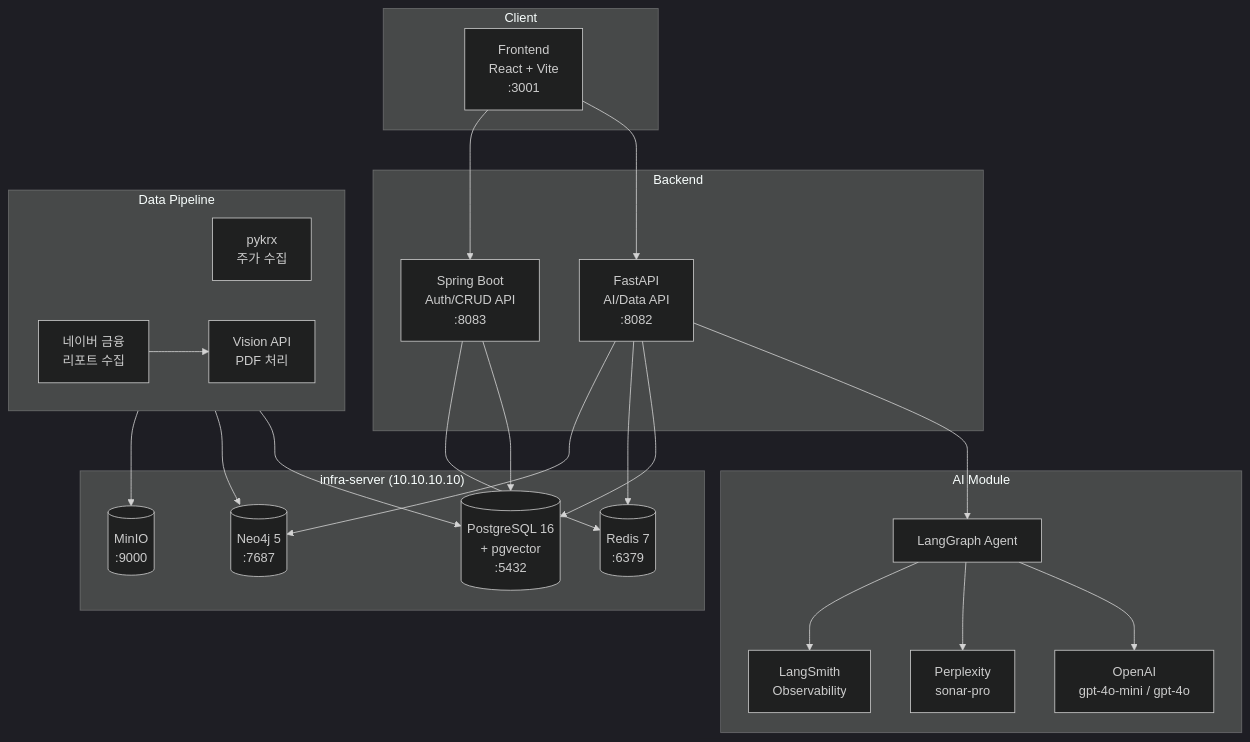
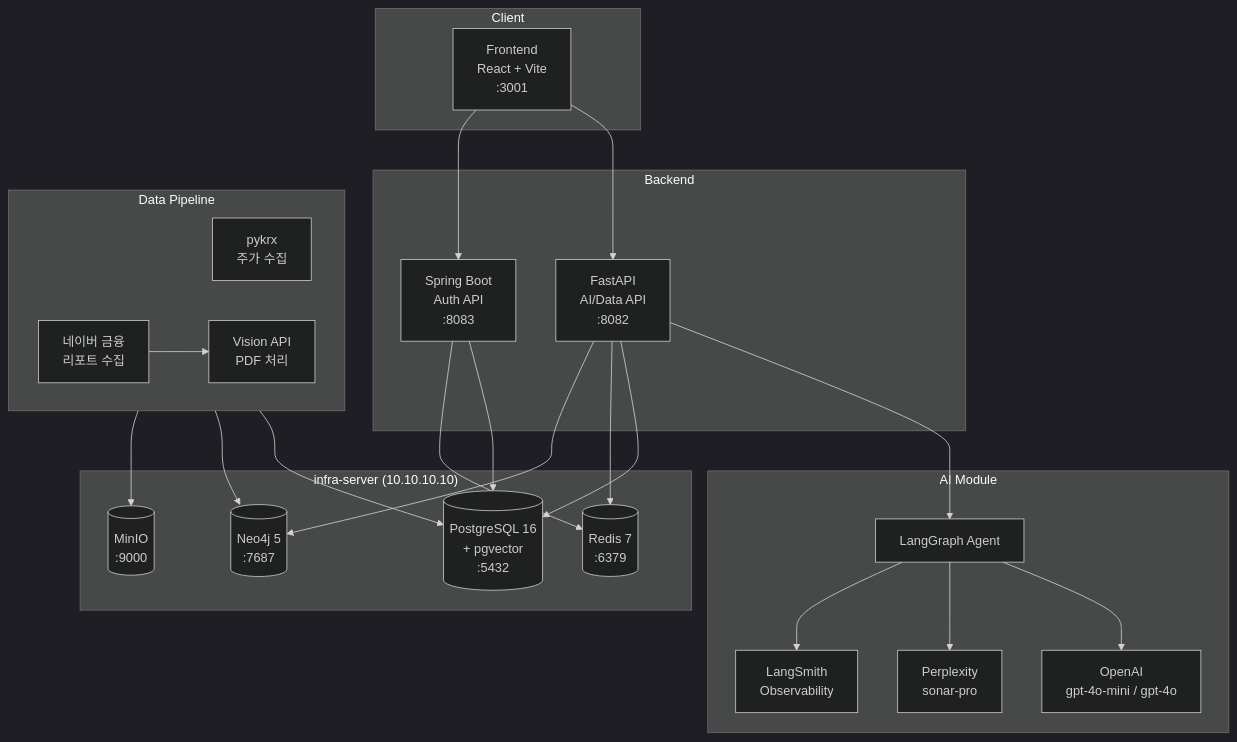
One commit to 404-NFYet/adelie-investment changed the diagram in README.md. Above: the diagram before and after it, drawn with Mermaid (dark theme). The commit also changed other lines of this file, not shown here.

````diff
--- a/README.md
+++ b/README.md
@@ -14,47 +14,47 @@
 ```mermaid
 graph TB
     subgraph Client
         FE[Frontend<br/>React + Vite<br/>:3001]
     end
 
     subgraph Backend
         FAST[FastAPI<br/>AI/Data API<br/>:8082]
-        SPRING[Spring Boot<br/>Auth/CRUD API<br/>:8083]
+        SPRING[Spring Boot<br/>Auth API<br/>:8083]
     end
 
     subgraph AI["AI Module"]
         AGENT[LangGraph Agent]
         OPENAI[OpenAI<br/>gpt-4o-mini / gpt-4o]
         PPLX[Perplexity<br/>sonar-pro]
         LSMITH[LangSmith<br/>Observability]
     end
 
     subgraph Pipeline["Data Pipeline"]
         PYKRX[pykrx<br/>주가 수집]
         NAVER[네이버 금융<br/>리포트 수집]
         VISION[Vision API<br/>PDF 처리]
     end
 
     subgraph Infra["infra-server (10.10.10.10)"]
         PG[(PostgreSQL 16<br/>+ pgvector<br/>:5432)]
         REDIS[(Redis 7<br/>:6379)]
         NEO4J[(Neo4j 5<br/>:7687)]
         MINIO[(MinIO<br/>:9000)]
     end
 
     FE --> FAST
     FE --> SPRING
     FAST --> AGENT
     AGENT --> OPENAI
     AGENT --> PPLX
     AGENT --> LSMITH
     FAST --> PG
     FAST --> REDIS
     FAST --> NEO4J
     SPRING --> PG
     SPRING --> REDIS
     Pipeline --> PG
     Pipeline --> NEO4J
     Pipeline --> MINIO
     NAVER --> VISION
 ```
````
